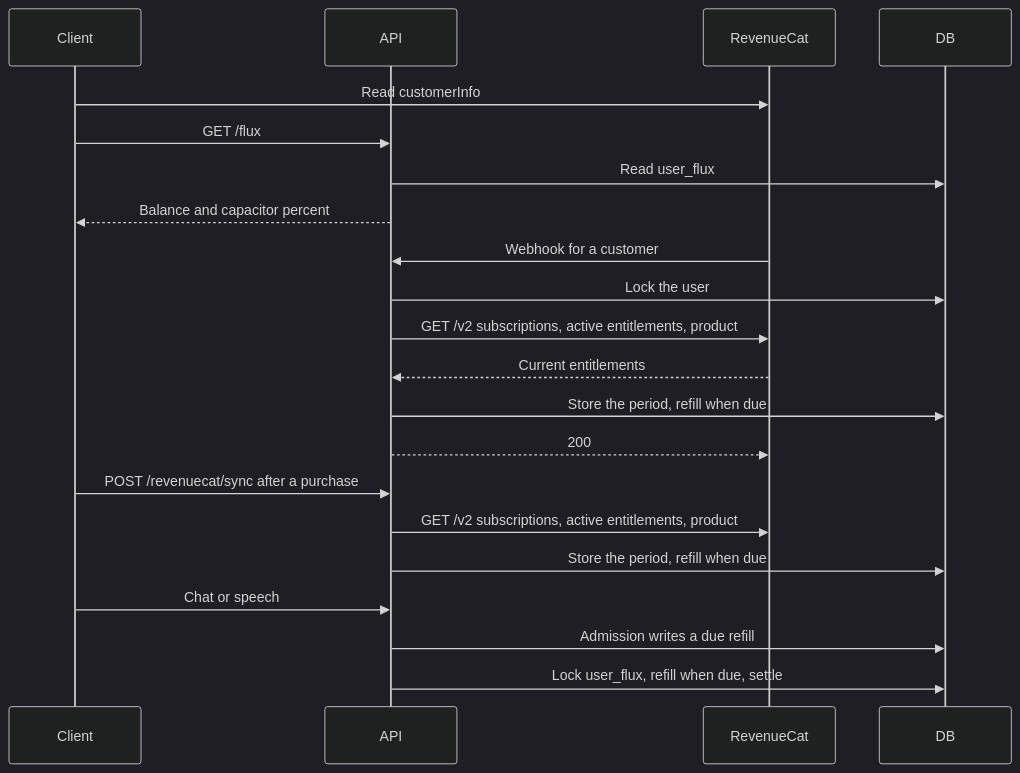
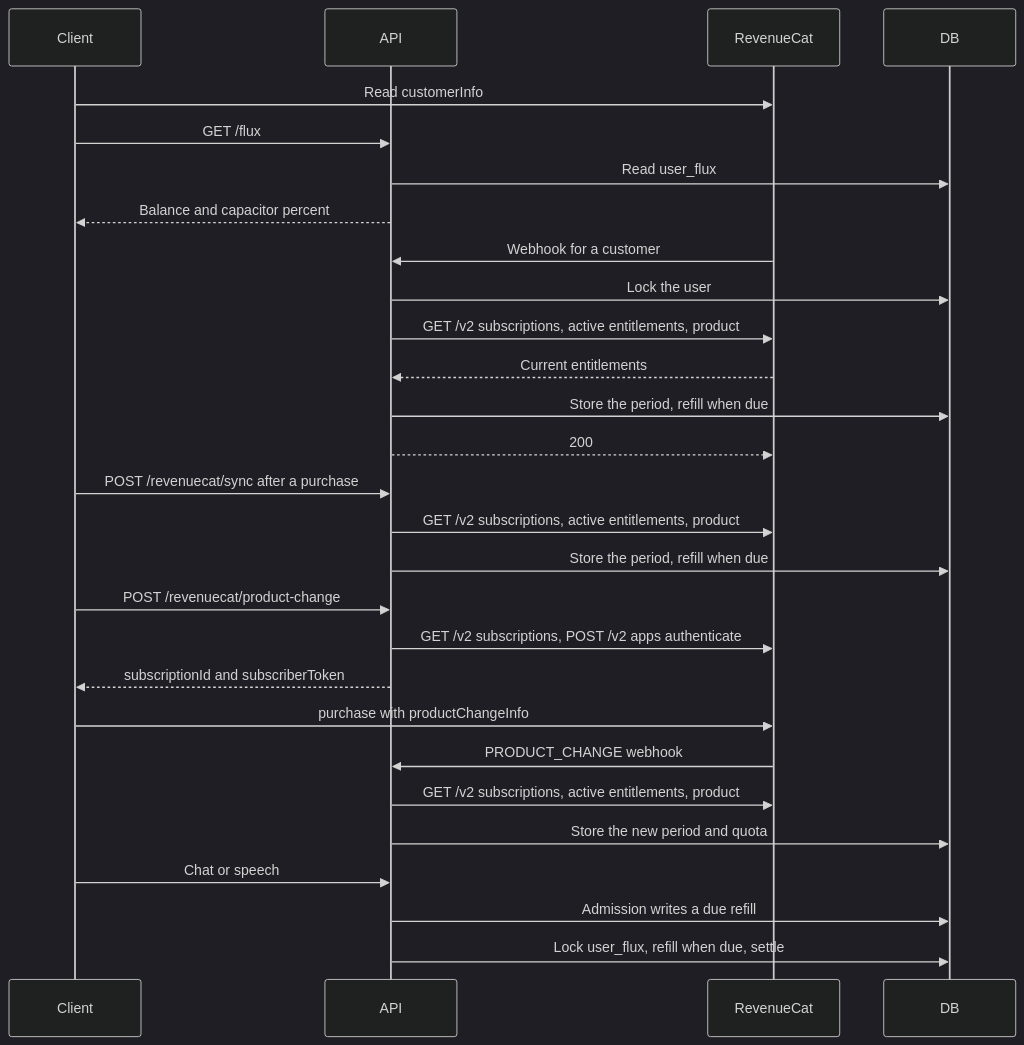
One commit to moeru-ai/airi changed the second of 2 diagrams in server/docs/ai/adr/2026-10-04-subscription-credits.md. Above: the diagram before and after it, drawn with Mermaid (dark theme). The commit also changed other lines of this file and 18 other files, not shown here.

````diff
--- a/server/docs/ai/adr/2026-10-04-subscription-credits.md
+++ b/server/docs/ai/adr/2026-10-04-subscription-credits.md
@@ -202,23 +226,30 @@
 ```mermaid
 sequenceDiagram
   participant Client
   participant API
   participant RC as RevenueCat
   participant DB
   Client->>RC: Read customerInfo
   Client->>API: GET /flux
   API->>DB: Read user_flux
   API-->>Client: Balance and capacitor percent
   RC->>API: Webhook for a customer
   API->>DB: Lock the user
   API->>RC: GET /v2 subscriptions, active entitlements, product
   RC-->>API: Current entitlements
   API->>DB: Store the period, refill when due
   API-->>RC: 200
   Client->>API: POST /revenuecat/sync after a purchase
   API->>RC: GET /v2 subscriptions, active entitlements, product
   API->>DB: Store the period, refill when due
+  Client->>API: POST /revenuecat/product-change
+  API->>RC: GET /v2 subscriptions, POST /v2 apps authenticate
+  API-->>Client: subscriptionId and subscriberToken
+  Client->>RC: purchase with productChangeInfo
+  RC->>API: PRODUCT_CHANGE webhook
+  API->>RC: GET /v2 subscriptions, active entitlements, product
+  API->>DB: Store the new period and quota
   Client->>API: Chat or speech
   API->>DB: Admission writes a due refill
   API->>DB: Lock user_flux, refill when due, settle
 ```
````
